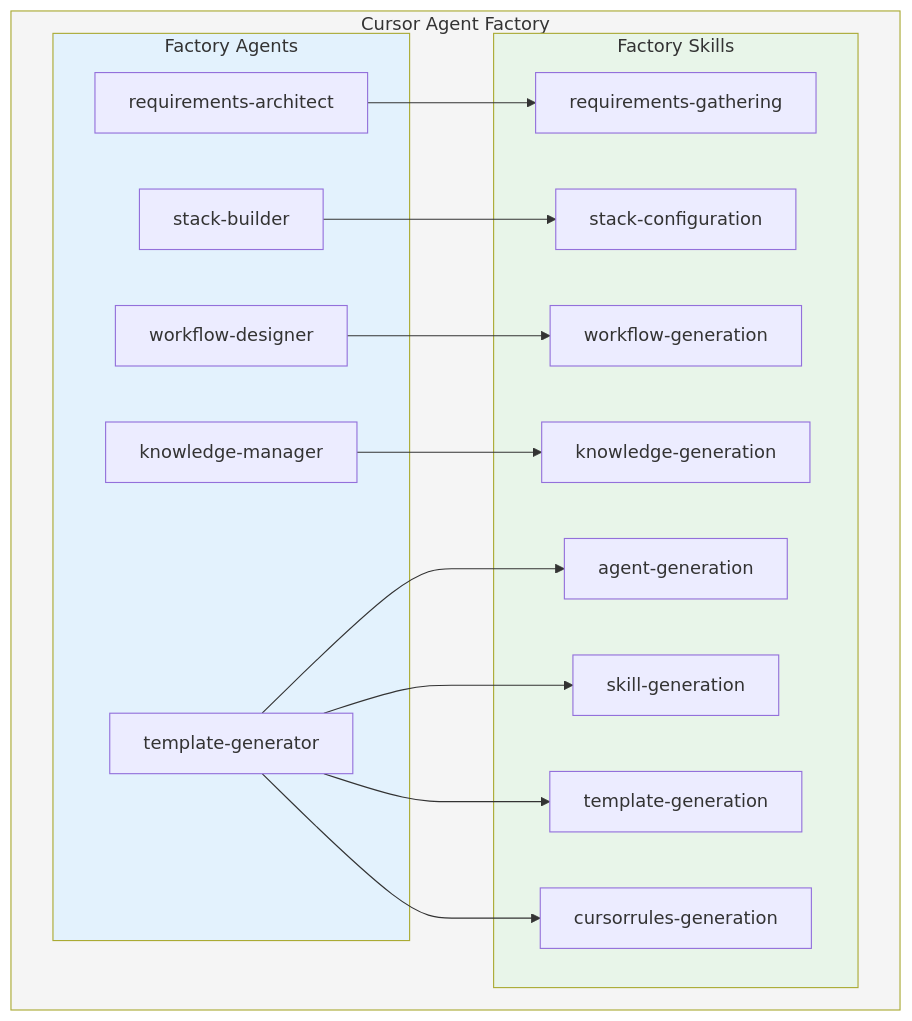
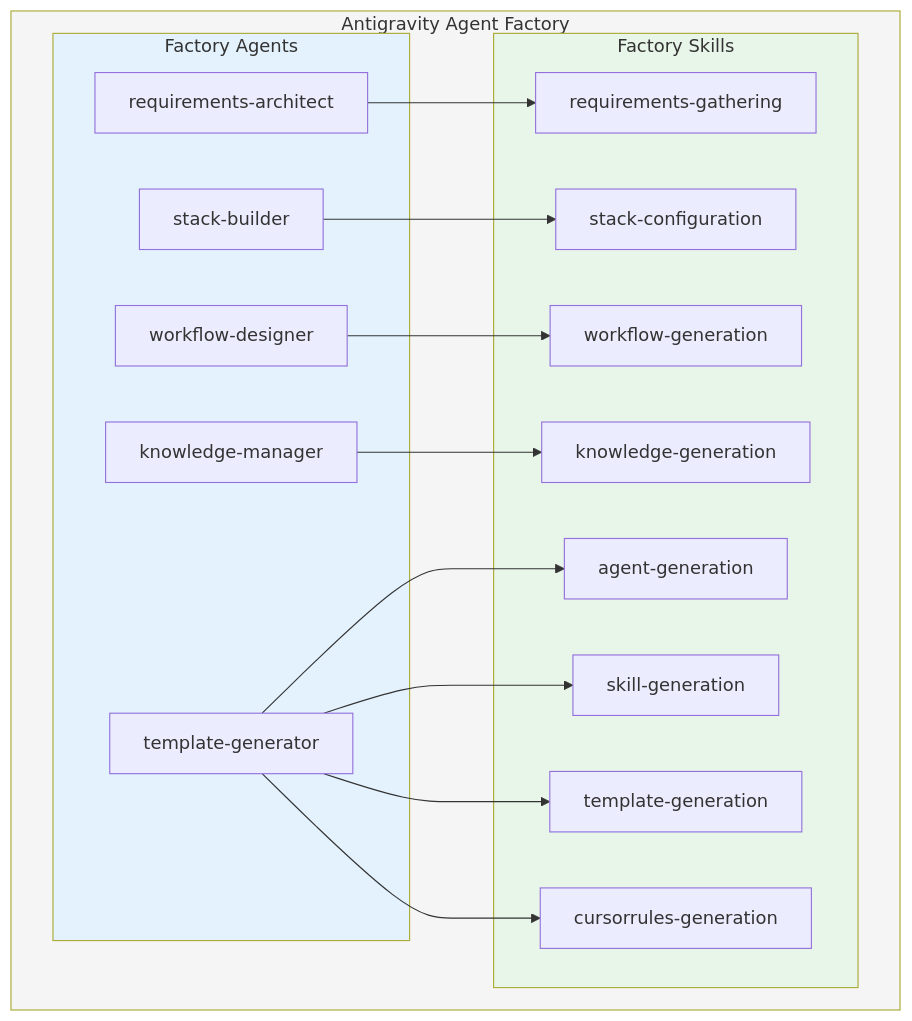
The first of 8 diagrams in diagrams/agent-skill-architecture.md (gitwalter/antigravity-agent-factory), drawn with Mermaid before and after one commit. The commit also changed other lines of this file and 950 other files, not shown here.

First line of the commit message:
refactor(skills): mass schema injection and participle renaming (AGENT-35)

````diff
--- a/diagrams/agent-skill-architecture.md
+++ b/diagrams/agent-skill-architecture.md
@@ -7,36 +7,36 @@
 ```mermaid
 flowchart TB
-    subgraph Factory["Cursor Agent Factory"]
+    subgraph Factory["Antigravity Agent Factory"]
         subgraph Agents["Factory Agents"]
             RA["requirements-architect"]
             SB["stack-builder"]
             WD["workflow-designer"]
             KM["knowledge-manager"]
             TG["template-generator"]
         end
 
         subgraph Skills["Factory Skills"]
             RG["requirements-gathering"]
             SC["stack-configuration"]
             WG["workflow-generation"]
             AG["agent-generation"]
             SG["skill-generation"]
             KG["knowledge-generation"]
             TEG["template-generation"]
             CG["cursorrules-generation"]
         end
     end
 
     RA --> RG
     SB --> SC
     WD --> WG
     KM --> KG
     TG --> AG
     TG --> SG
     TG --> TEG
     TG --> CG
 
     style Factory fill:#f5f5f5
     style Agents fill:#e3f2fd
     style Skills fill:#e8f5e9
 ```
````
